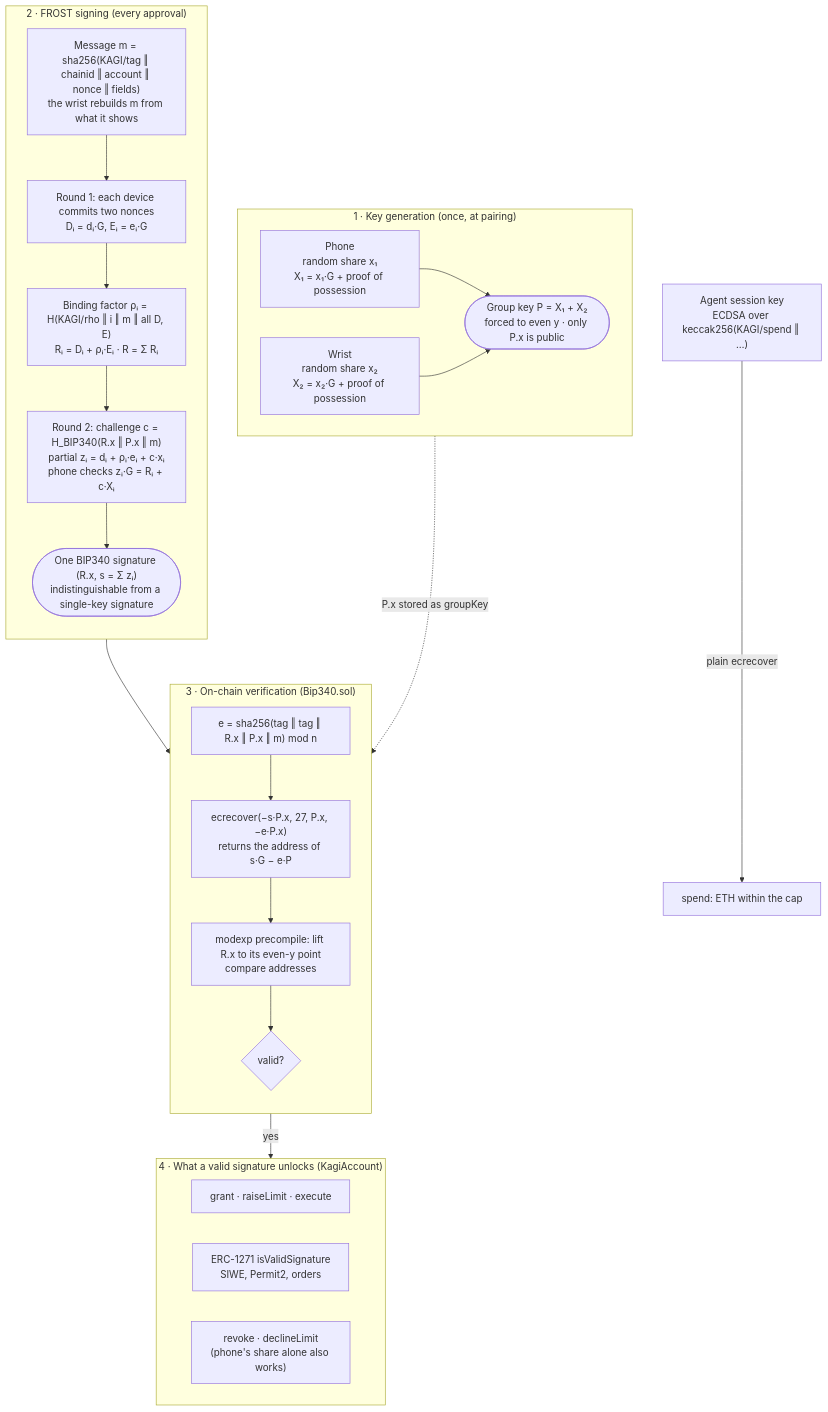
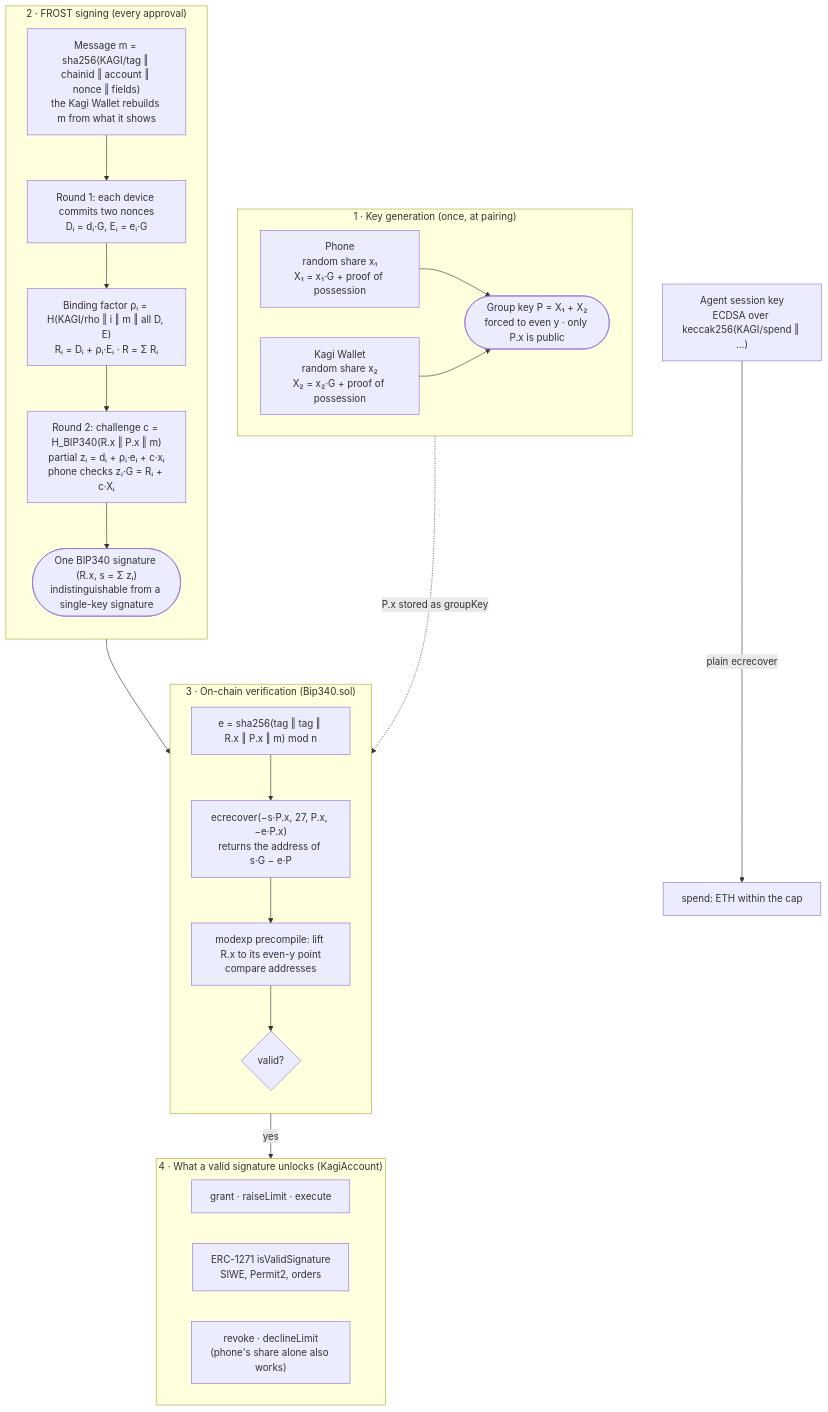
Before and after one commit to team-somehow/kagi-wallet: the diagram in docs/kagi-cryptography.md, drawn with Mermaid. The commit also changed other lines of this file and 50 other files, not shown here.

First line of the commit message:
copy: it's the Kagi Wallet (an ESP32), not a wrist

````diff
--- a/docs/kagi-cryptography.md
+++ b/docs/kagi-cryptography.md
@@ -25,43 +25,43 @@
 ```mermaid
 flowchart TB
     subgraph KG["1 · Key generation (once, at pairing)"]
         direction LR
         P1["Phone<br/>random share x₁<br/>X₁ = x₁·G + proof of possession"]
-        W1["Wrist<br/>random share x₂<br/>X₂ = x₂·G + proof of possession"]
+        W1["Kagi Wallet<br/>random share x₂<br/>X₂ = x₂·G + proof of possession"]
         GK(["Group key P = X₁ + X₂<br/>forced to even y · only P.x is public"])
         P1 --> GK
         W1 --> GK
     end
 
     subgraph SG["2 · FROST signing (every approval)"]
         direction TB
-        M["Message m = sha256(KAGI/tag ‖ chainid ‖ account ‖ nonce ‖ fields)<br/>the wrist rebuilds m from what it shows"]
+        M["Message m = sha256(KAGI/tag ‖ chainid ‖ account ‖ nonce ‖ fields)<br/>the Kagi Wallet rebuilds m from what it shows"]
         C["Round 1: each device commits two nonces<br/>Dᵢ = dᵢ·G, Eᵢ = eᵢ·G"]
         B["Binding factor ρᵢ = H(KAGI/rho ‖ i ‖ m ‖ all D, E)<br/>Rᵢ = Dᵢ + ρᵢ·Eᵢ · R = Σ Rᵢ"]
         Z["Round 2: challenge c = H_BIP340(R.x ‖ P.x ‖ m)<br/>partial zᵢ = dᵢ + ρᵢ·eᵢ + c·xᵢ<br/>phone checks zᵢ·G = Rᵢ + c·Xᵢ"]
         S(["One BIP340 signature (R.x, s = Σ zᵢ)<br/>indistinguishable from a single-key signature"])
         M --> C --> B --> Z --> S
     end
 
     subgraph CH["3 · On-chain verification (Bip340.sol)"]
         direction TB
         E["e = sha256(tag ‖ tag ‖ R.x ‖ P.x ‖ m) mod n"]
         EC["ecrecover(−s·P.x, 27, P.x, −e·P.x)<br/>returns the address of s·G − e·P"]
         SQ["modexp precompile: lift R.x to its even-y point<br/>compare addresses"]
         OK{"valid?"}
         E --> EC --> SQ --> OK
     end
 
     subgraph AC["4 · What a valid signature unlocks (KagiAccount)"]
         direction LR
         MGR["grant · raiseLimit · execute"]
         ERC["ERC-1271 isValidSignature<br/>SIWE, Permit2, orders"]
         RVK["revoke · declineLimit<br/>(phone's share alone also works)"]
     end
 
     AGT["Agent session key<br/>ECDSA over keccak256(KAGI/spend ‖ …)"] -- "plain ecrecover" --> SPD["spend: ETH within the cap"]
 
     GK -. "P.x stored as groupKey" .-> CH
     S --> CH
     OK -- yes --> AC
 ```
````
